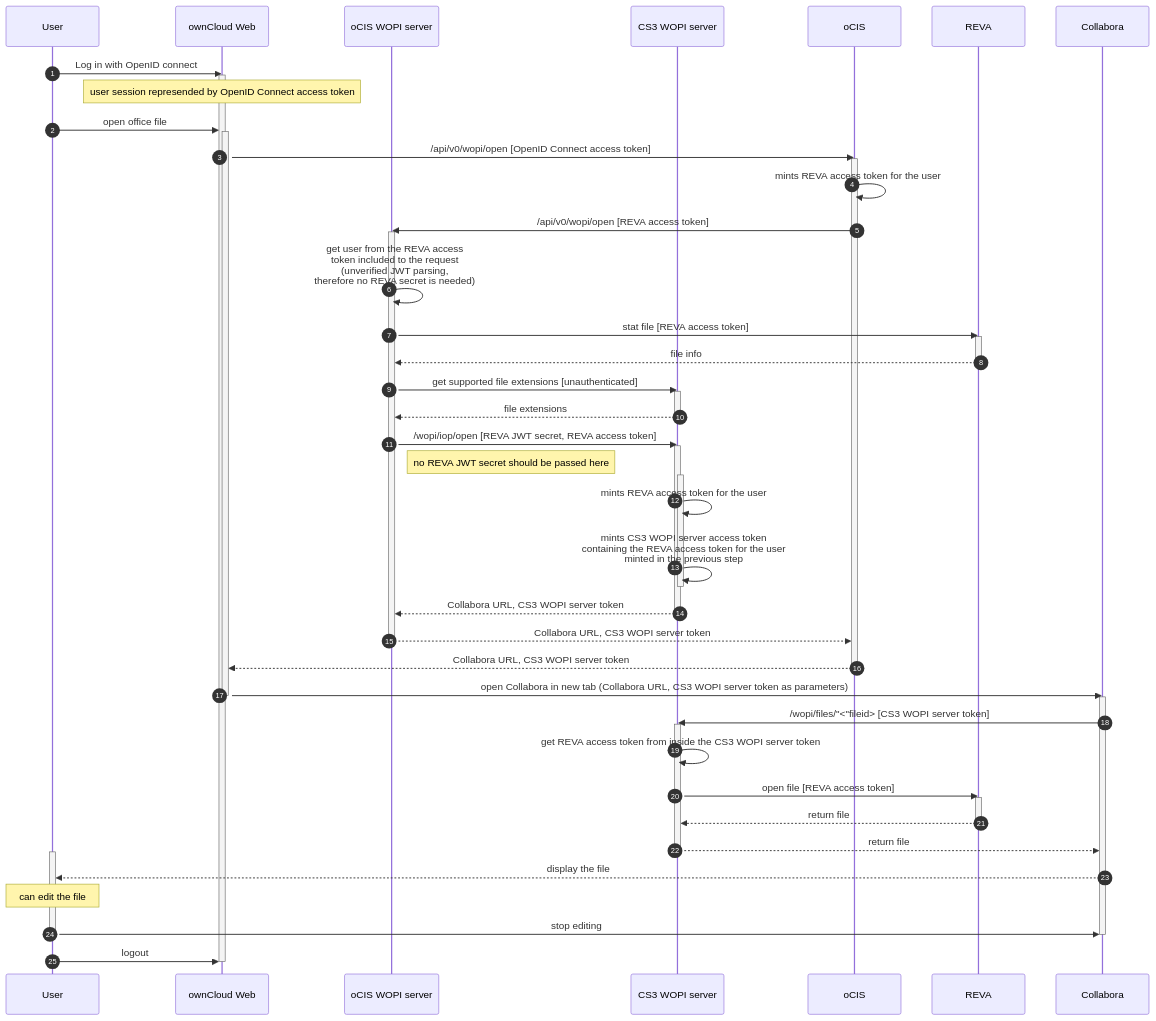
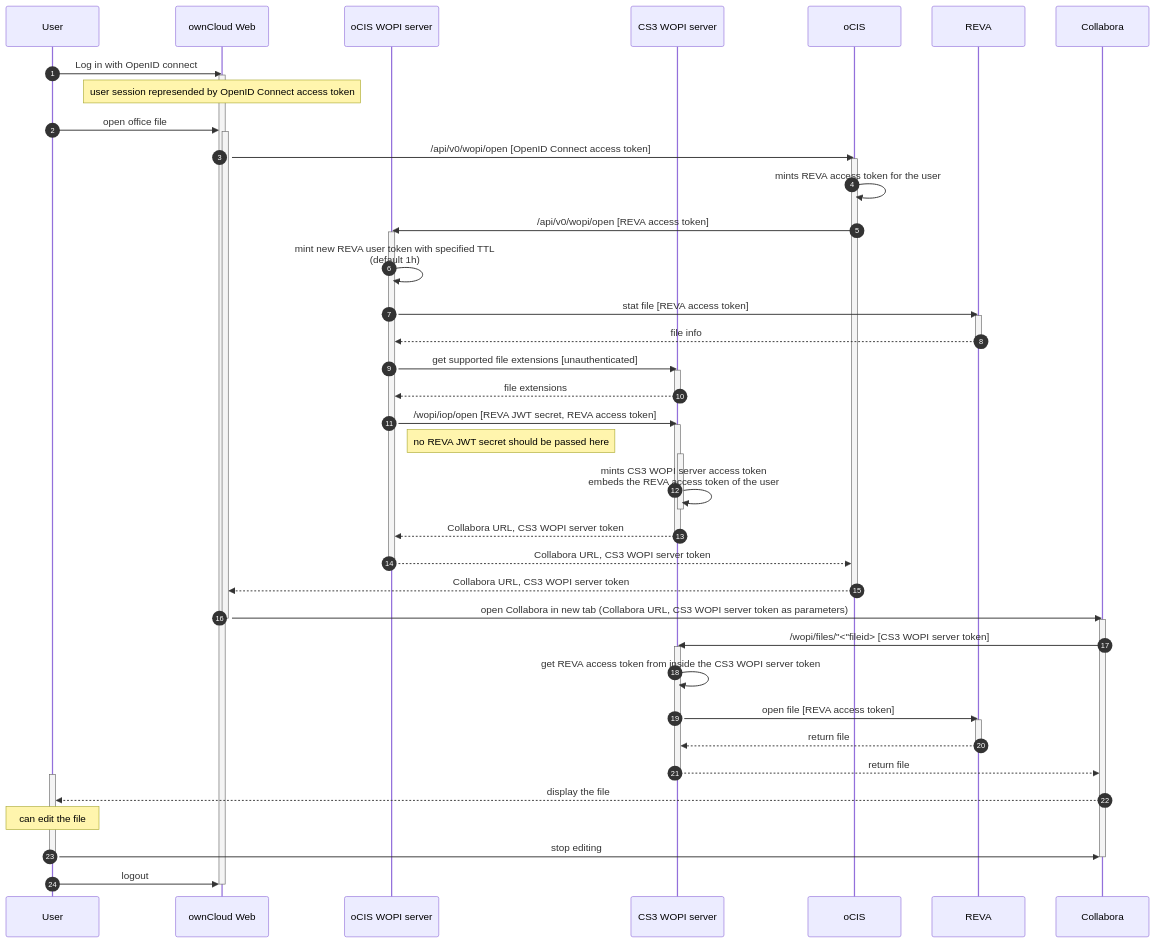
One commit to owncloud/ocis-wopiserver changed the diagram in docs/extensions/wopiserver/_index.md. Above: the diagram before and after it, drawn with Mermaid. The commit also changed 6 other files, not shown here.

Commit message:
add request flow docs, move access token from parameter to header, introduce access_token_ttl

```diff
--- a/docs/extensions/wopiserver/_index.md
+++ b/docs/extensions/wopiserver/_index.md
@@ -37,7 +37,7 @@
                 oCIS ->> oCIS WOPI server: /api/v0/wopi/open [REVA access token]
                 activate oCIS WOPI server
 
-					oCIS WOPI server ->> oCIS WOPI server: get user from the REVA access <br> token included to the request <br> (unverified JWT parsing, <br> therefore no REVA secret is needed)
+					oCIS WOPI server ->> oCIS WOPI server: mint new REVA user token with specified TTL <br> (default 1h)
 
 					oCIS WOPI server ->> REVA: stat file [REVA access token]
 					activate REVA
@@ -55,8 +55,7 @@
 
                         activate CS3 WOPI server
 
-                            CS3 WOPI server ->> CS3 WOPI server: mints REVA access token for the user
-                            CS3 WOPI server ->> CS3 WOPI server: mints CS3 WOPI server access token <br> containing the REVA access token for the user <br> minted in the previous step
+                            CS3 WOPI server ->> CS3 WOPI server: mints CS3 WOPI server access token <br> embeds the REVA access token of the user
                         deactivate CS3 WOPI server
 
                         CS3 WOPI server -->> oCIS WOPI server: Collabora URL, CS3 WOPI server token
```
